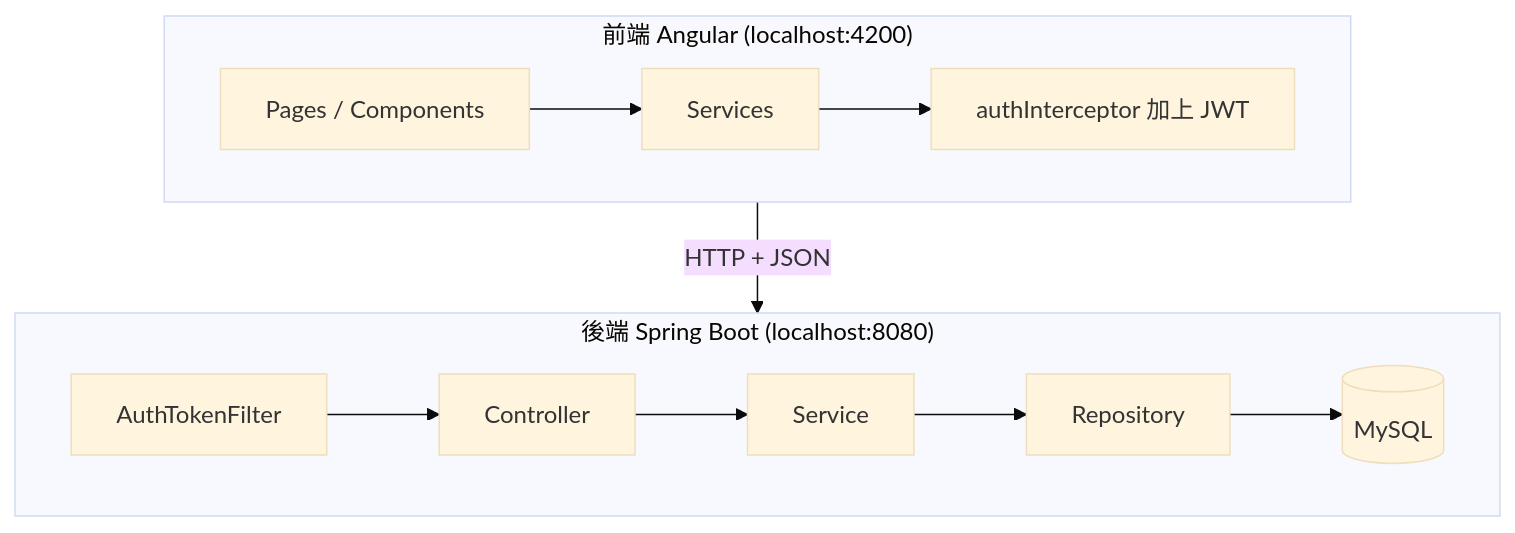
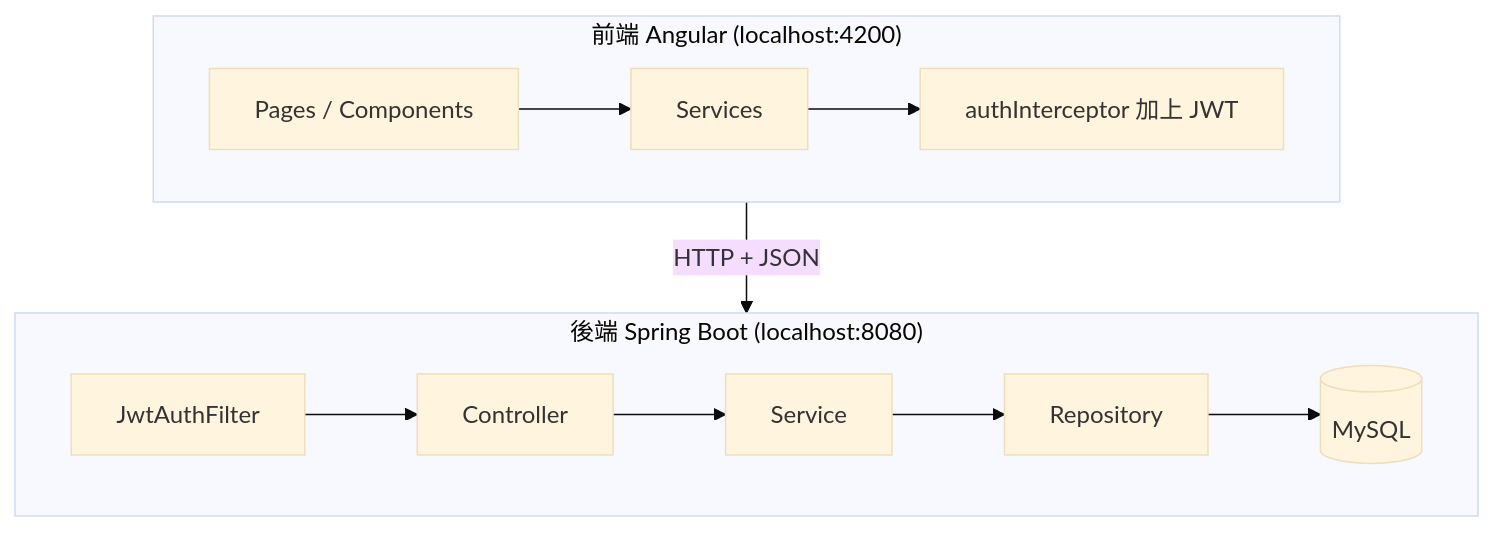
One commit to gagahsu/slidev-springboot changed the first of 4 diagrams in 47-dynamic-survey.md. Above: the diagram before and after it, drawn with Mermaid (base theme). The commit also changed other lines of this file, not shown here.

````diff
--- a/47-dynamic-survey.md
+++ b/47-dynamic-survey.md
@@ -86,12 +80,12 @@
 ```mermaid
 graph TB
     subgraph Frontend["前端 Angular (localhost:4200)"]
         direction LR
         Pages[Pages / Components] --> Svc[Services] --> Interceptor[authInterceptor 加上 JWT]
     end
     subgraph Backend["後端 Spring Boot (localhost:8080)"]
         direction LR
-        Filter[AuthTokenFilter] --> Controller --> Service --> Repository --> DB[(MySQL)]
+        Filter[JwtAuthFilter] --> Controller --> Service --> Repository --> DB[(MySQL)]
     end
     Frontend -->|HTTP + JSON| Backend
 ```
````
